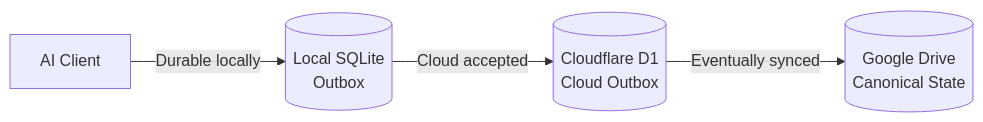
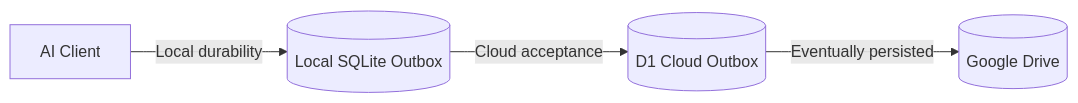
Before and after one commit to gitgotcha/my-chatgpt-mcp: the third of 32 diagrams in README.md, drawn with Mermaid. The commit also changed other lines of this file, not shown here.

````diff
--- a/README.md
+++ b/README.md
@@ -348,15 +487,12 @@
 ```mermaid
 flowchart LR
 
-    AI[AI Client]
+    AI["AI Client"]
+    LOCAL[("Local SQLite Outbox")]
+    CLOUD[("D1 Cloud Outbox")]
+    DRIVE[("Google Drive")]
 
-    LO[(Local SQLite<br/>Outbox)]
-
-    CO[(Cloudflare D1<br/>Cloud Outbox)]
-
-    GS[(Google Drive<br/>Canonical State)]
-
-    AI -->|Durable locally| LO
-    LO -->|Cloud accepted| CO
-    CO -->|Eventually synced| GS
+    AI -->|"Local durability"| LOCAL
+    LOCAL -->|"Cloud acceptance"| CLOUD
+    CLOUD -->|"Eventually persisted"| DRIVE
 ```
````
